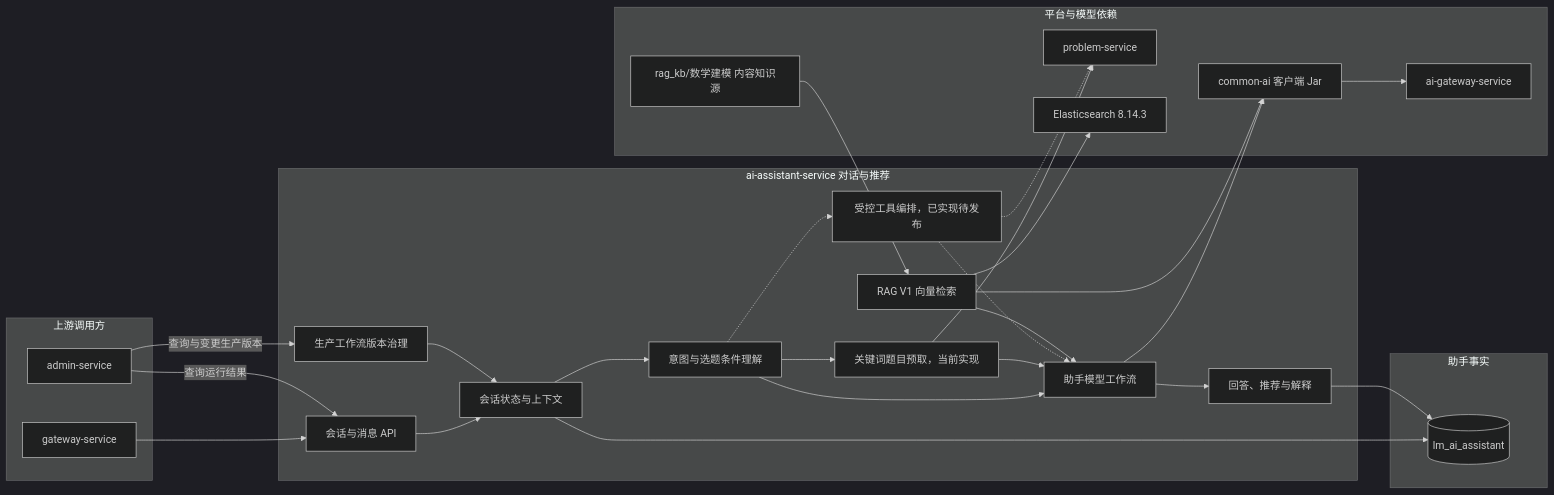
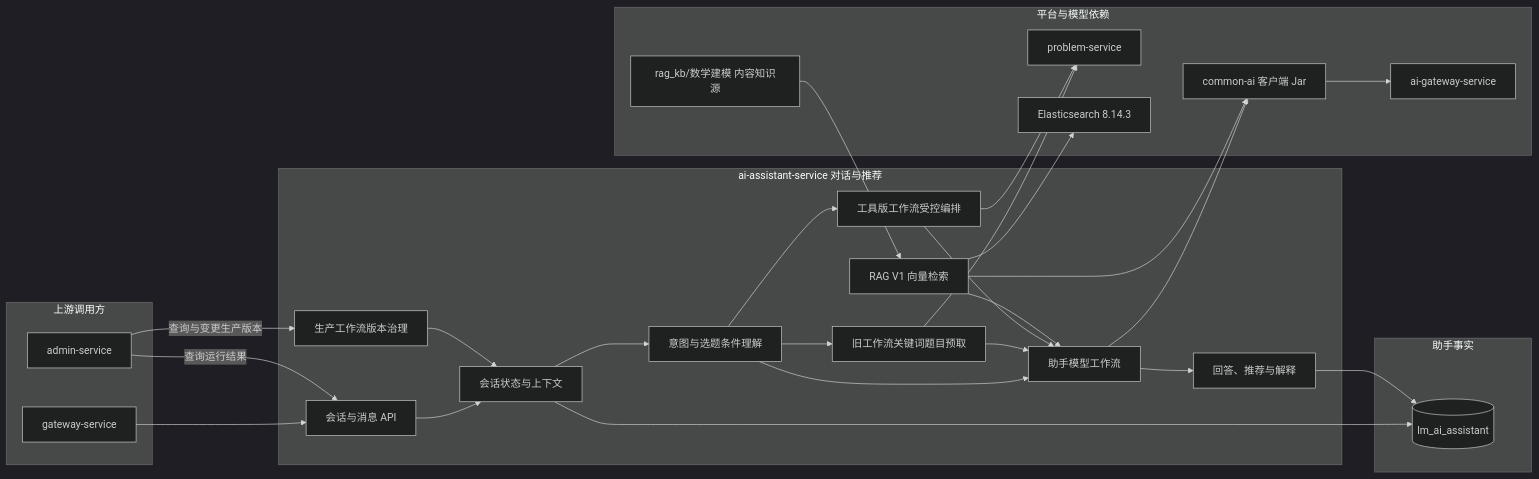
One commit to Dorian7Alden/LeetModel changed the diagram in docs/project/03-微服务设计/ai-assistant-service/README.md. Above: the diagram before and after it, drawn with Mermaid (dark theme). The commit also changed other lines of this file and 8 other files, not shown here.

````diff
--- a/docs/project/03-微服务设计/ai-assistant-service/README.md
+++ b/docs/project/03-微服务设计/ai-assistant-service/README.md
@@ -22,55 +22,55 @@
 ```mermaid
 flowchart LR
     subgraph callers["上游调用方"]
         apiGateway["gateway-service"]
         adminService["admin-service"]
     end
 
     subgraph assistant["ai-assistant-service 对话与推荐"]
         conversationApi["会话与消息 API"]
         sessionContext["会话状态与上下文"]
         productionGovernance["生产工作流版本治理"]
         intent["意图与选题条件理解"]
-        toolQuery["关键词题目预取，当前实现"]
-        controlledTools["受控工具编排，已实现待发布"]
+        toolQuery["旧工作流关键词题目预取"]
+        controlledTools["工具版工作流受控编排"]
         assistantWorkflow["助手模型工作流"]
         ragRetriever["RAG V1 向量检索"]
         response["回答、推荐与解释"]
 
         conversationApi --> sessionContext
         productionGovernance --> sessionContext
         sessionContext --> intent
         intent --> toolQuery
-        intent -.-> controlledTools
+        intent --> controlledTools
         intent --> assistantWorkflow
         toolQuery --> assistantWorkflow
-        controlledTools -.-> assistantWorkflow
+        controlledTools --> assistantWorkflow
         ragRetriever --> assistantWorkflow
         assistantWorkflow --> response
     end
 
     subgraph dependencies["平台与模型依赖"]
         problemService["problem-service"]
         commonAi["common-ai 客户端 Jar"]
         aiGateway["ai-gateway-service"]
         elasticsearch["Elasticsearch 8.14.3"]
         ragKnowledge["rag_kb/数学建模 内容知识源"]
     end
 
     subgraph data["助手事实"]
         assistantDatabase[(lm_ai_assistant)]
     end
 
     apiGateway --> conversationApi
     adminService -->|"查询运行结果"| conversationApi
     adminService -->|"查询与变更生产版本"| productionGovernance
     toolQuery --> problemService
-    controlledTools -.-> problemService
+    controlledTools --> problemService
     assistantWorkflow --> commonAi
     ragRetriever --> commonAi
     ragRetriever --> elasticsearch
     ragKnowledge --> ragRetriever
     commonAi --> aiGateway
     sessionContext --> assistantDatabase
     response --> assistantDatabase
 ```
````
